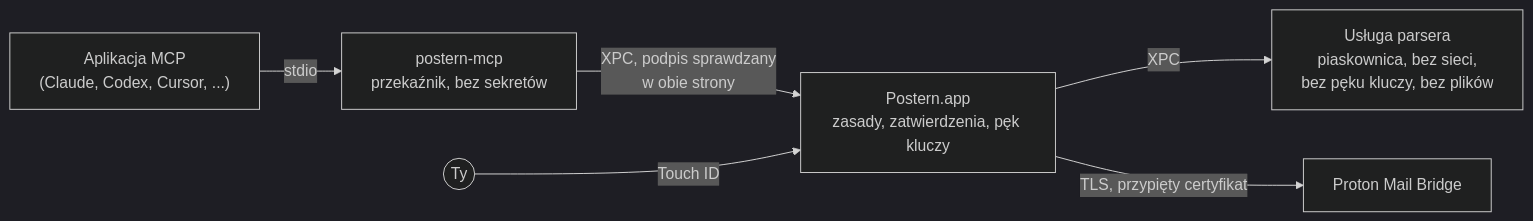
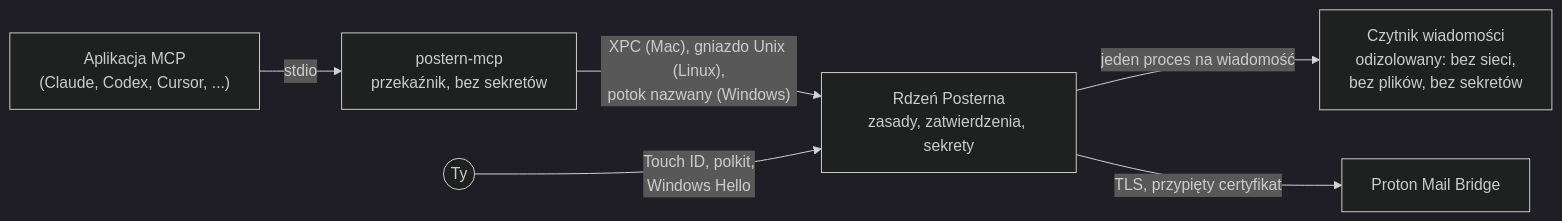
The diagram in README.pl.md (ruben4reall/postern), drawn with Mermaid (dark theme) before and after one commit. The commit also changed other lines of this file and 30 other files, not shown here.

````diff
--- a/README.pl.md
+++ b/README.pl.md
@@ -368,8 +400,8 @@
 ```mermaid
 flowchart LR
     client["Aplikacja MCP<br>(Claude, Codex, Cursor, ...)"] -- "stdio" --> relay["postern-mcp<br>przekaźnik, bez sekretów"]
-    relay -- "XPC, podpis sprawdzany<br>w obie strony" --> core["Postern.app<br>zasady, zatwierdzenia, pęk kluczy"]
-    core -- "XPC" --> parser["Usługa parsera<br>piaskownica, bez sieci,<br>bez pęku kluczy, bez plików"]
+    relay -- "XPC (Mac), gniazdo Unix (Linux),<br>potok nazwany (Windows)" --> core["Rdzeń Posterna<br>zasady, zatwierdzenia, sekrety"]
+    core -- "jeden proces na wiadomość" --> parser["Czytnik wiadomości<br>odizolowany: bez sieci,<br>bez plików, bez sekretów"]
     core -- "TLS, przypięty certyfikat" --> bridge["Proton Mail Bridge"]
-    you(("Ty")) -- "Touch ID" --> core
+    you(("Ty")) -- "Touch ID, polkit,<br>Windows Hello" --> core
 ```
````
